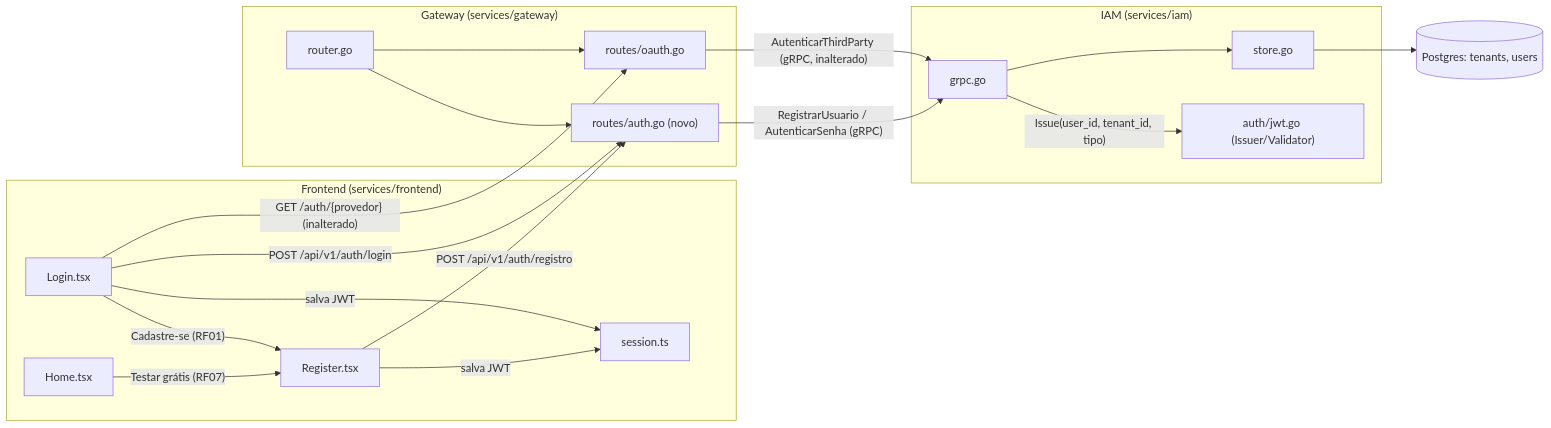
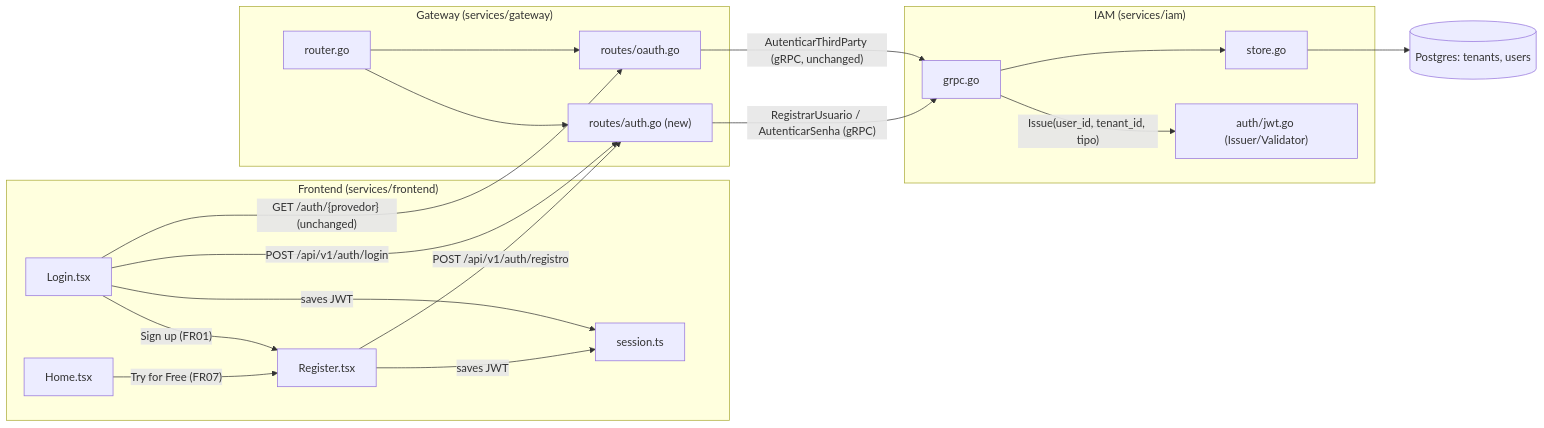
Before and after one commit to GiovaniRodrigo/arquitetura-mach-saas-nocode: the diagram in specs/006-auto-cadastro/plan.md, drawn with Mermaid. The commit also changed other lines of this file and 86 other files, not shown here.

````diff
--- a/specs/006-auto-cadastro/plan.md
+++ b/specs/006-auto-cadastro/plan.md
@@ -13,42 +13,42 @@
 ```mermaid
 flowchart LR
   subgraph FE["Frontend (services/frontend)"]
     Home["Home.tsx"]
     Login["Login.tsx"]
     Register["Register.tsx"]
     Session["session.ts"]
   end
 
   subgraph GW["Gateway (services/gateway)"]
     OAuthRoutes["routes/oauth.go"]
-    AuthRoutes["routes/auth.go (novo)"]
+    AuthRoutes["routes/auth.go (new)"]
     Router["router.go"]
   end
 
   subgraph IAM["IAM (services/iam)"]
     Grpc["grpc.go"]
     Store["store.go"]
     Auth["auth/jwt.go (Issuer/Validator)"]
   end
 
   DB[("Postgres: tenants, users")]
 
-  Home -->|"Testar grátis (RF07)"| Register
-  Login -->|"Cadastre-se (RF01)"| Register
+  Home -->|"Try for Free (FR07)"| Register
+  Login -->|"Sign up (FR01)"| Register
   Register -->|"POST /api/v1/auth/registro"| AuthRoutes
   Login -->|"POST /api/v1/auth/login"| AuthRoutes
-  Login -->|"GET /auth/{provedor} (inalterado)"| OAuthRoutes
+  Login -->|"GET /auth/{provedor} (unchanged)"| OAuthRoutes
 
   Router --> AuthRoutes
   Router --> OAuthRoutes
 
   AuthRoutes -->|"RegistrarUsuario / AutenticarSenha (gRPC)"| Grpc
-  OAuthRoutes -->|"AutenticarThirdParty (gRPC, inalterado)"| Grpc
+  OAuthRoutes -->|"AutenticarThirdParty (gRPC, unchanged)"| Grpc
 
   Grpc --> Store
   Grpc -->|"Issue(user_id, tenant_id, tipo)"| Auth
   Store --> DB
 
-  Register -->|"salva JWT"| Session
-  Login -->|"salva JWT"| Session
+  Register -->|"saves JWT"| Session
+  Login -->|"saves JWT"| Session
 ```
````
